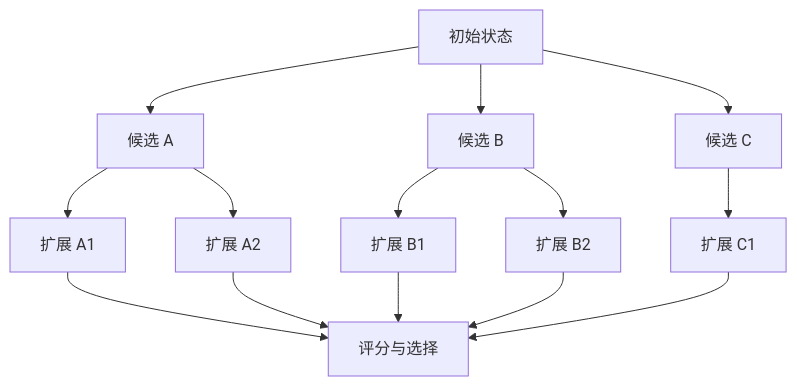
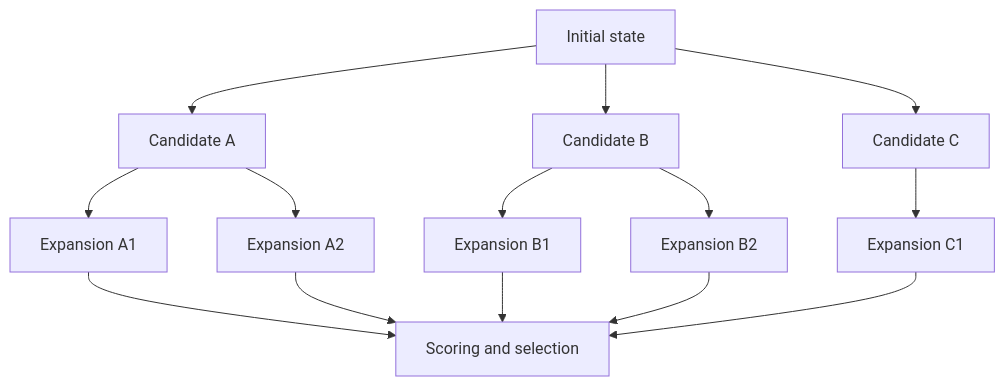
The eighth of 17 diagrams in docs/agent/02-reasoning-planning/05-agent-reasoning-methods.md (oneleaveknowsthefall/awesome-ai-roadmap), drawn with Mermaid before and after one commit. The commit also changed other lines of this file and 68 other files, not shown here.

````diff
--- a/docs/agent/02-reasoning-planning/05-agent-reasoning-methods.md
+++ b/docs/agent/02-reasoning-planning/05-agent-reasoning-methods.md
@@ -366,18 +366,18 @@
 ```mermaid
 flowchart TB
-    S0[初始状态] --> A1[候选 A]
-    S0 --> B1[候选 B]
-    S0 --> C1[候选 C]
+    S0[Initial state] --> A1[Candidate A]
+    S0 --> B1[Candidate B]
+    S0 --> C1[Candidate C]
 
-    A1 --> A2[扩展 A1]
-    A1 --> A3[扩展 A2]
-    B1 --> B2[扩展 B1]
-    B1 --> B3[扩展 B2]
-    C1 --> C2[扩展 C1]
+    A1 --> A2[Expansion A1]
+    A1 --> A3[Expansion A2]
+    B1 --> B2[Expansion B1]
+    B1 --> B3[Expansion B2]
+    C1 --> C2[Expansion C1]
 
-    A2 --> E[评分与选择]
+    A2 --> E[Scoring and selection]
     A3 --> E
     B2 --> E
     B3 --> E
     C2 --> E
 ```
````
